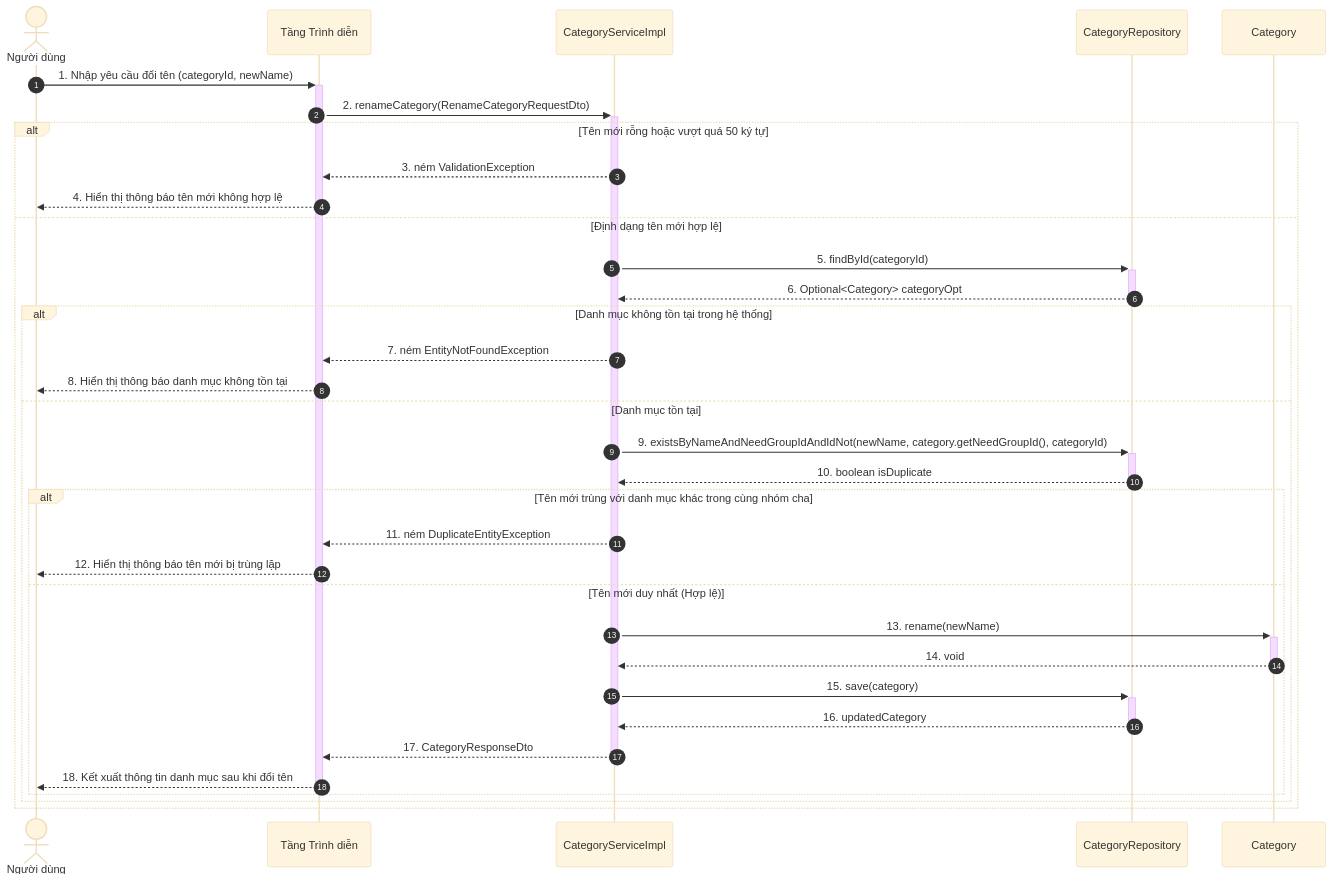
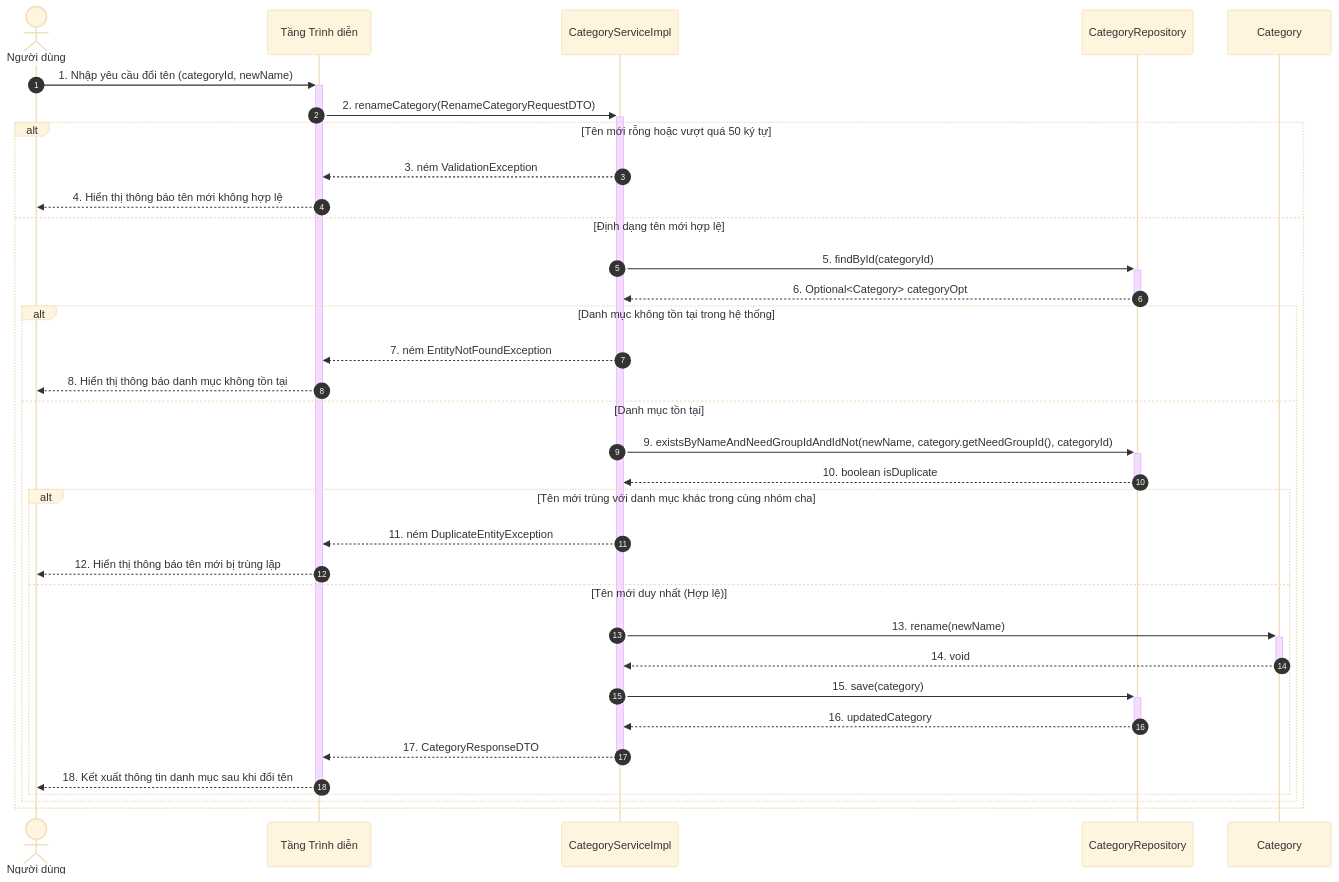
Before and after one commit to mynhleeh/pfms-oop: diagram 14 of 21 in docs/object-oriented-design/05-so-do-tuong-tac-thiet-ke-sequence-diagram.md, drawn with Mermaid (base theme). The commit also changed other lines of this file and 3 other files, not shown here.

Commit message:
docs(ood): harmonize service contracts, sequence diagrams, and DTO specifications

````diff
--- a/docs/object-oriented-design/05-so-do-tuong-tac-thiet-ke-sequence-diagram.md
+++ b/docs/object-oriented-design/05-so-do-tuong-tac-thiet-ke-sequence-diagram.md
@@ -748,37 +748,37 @@
 ```mermaid
 sequenceDiagram
     autonumber
     actor User as Người dùng
     participant GUI as Tầng Trình diễn
     participant CategoryService as CategoryServiceImpl
     participant CategoryRepo as CategoryRepository
     participant Category as Category
 
     User->>+GUI: 1. Nhập yêu cầu đổi tên (categoryId, newName)
-    GUI->>+CategoryService: 2. renameCategory(RenameCategoryRequestDto)
+    GUI->>+CategoryService: 2. renameCategory(RenameCategoryRequestDTO)
     alt Tên mới rỗng hoặc vượt quá 50 ký tự
         CategoryService-->>GUI: 3. ném ValidationException
         GUI-->>User: 4. Hiển thị thông báo tên mới không hợp lệ
     else Định dạng tên mới hợp lệ
         CategoryService->>+CategoryRepo: 5. findById(categoryId)
         CategoryRepo-->>-CategoryService: 6. Optional<Category> categoryOpt
         alt Danh mục không tồn tại trong hệ thống
             CategoryService-->>GUI: 7. ném EntityNotFoundException
             GUI-->>User: 8. Hiển thị thông báo danh mục không tồn tại
         else Danh mục tồn tại
             CategoryService->>+CategoryRepo: 9. existsByNameAndNeedGroupIdAndIdNot(newName, category.getNeedGroupId(), categoryId)
             CategoryRepo-->>-CategoryService: 10. boolean isDuplicate
             alt Tên mới trùng với danh mục khác trong cùng nhóm cha
                 CategoryService-->>GUI: 11. ném DuplicateEntityException
                 GUI-->>User: 12. Hiển thị thông báo tên mới bị trùng lặp
             else Tên mới duy nhất (Hợp lệ)
                 CategoryService->>+Category: 13. rename(newName)
                 Category-->>-CategoryService: 14. void
                 CategoryService->>+CategoryRepo: 15. save(category)
                 CategoryRepo-->>-CategoryService: 16. updatedCategory
-                CategoryService-->>-GUI: 17. CategoryResponseDto
+                CategoryService-->>-GUI: 17. CategoryResponseDTO
                 GUI-->>-User: 18. Kết xuất thông tin danh mục sau khi đổi tên
             end
         end
     end
 ```
````
